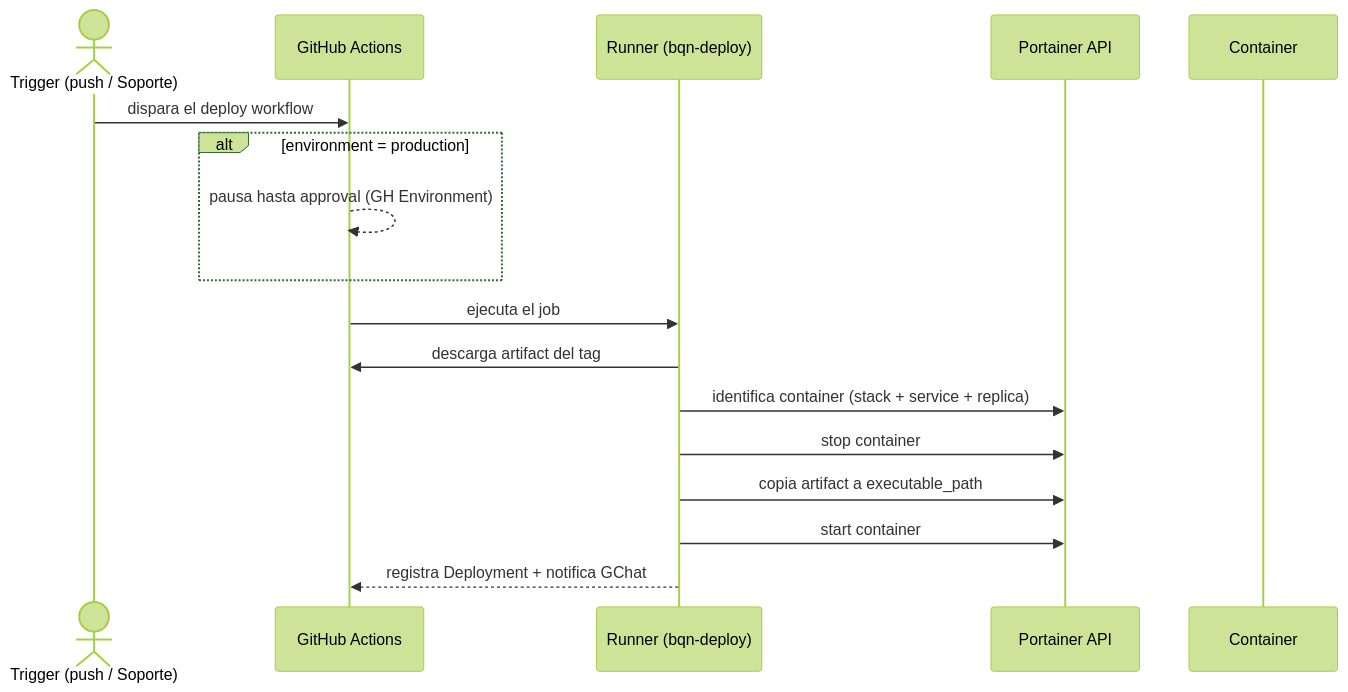
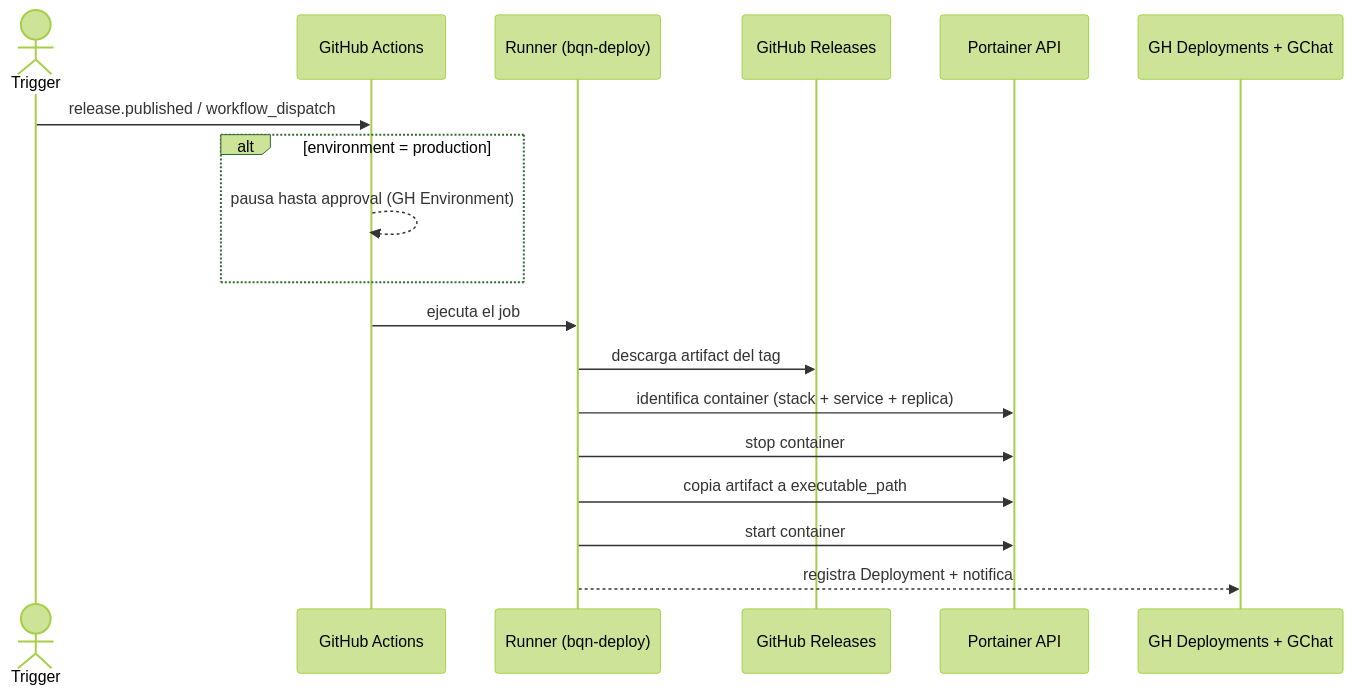
The sixth of 6 diagrams in docs/v2-hito2-deploy-spec.md (BQN-UY/CI-CD), drawn with Mermaid (forest theme) before and after one commit. The commit also changed other lines of this file, not shown here.

Commit message:
docs(spec): aplicar correcciones del review de Copilot en §8
Seis correcciones de consistencia interna detectadas en el review
automático del PR:

1. Ref §2.2 → §2.1 para publicación de artefactos (§2.2 solo cubre
   versionado).
2. Trigger label "push o make-release" → "release.published /
   workflow_dispatch" para reflejar el disparo real del workflow.
3. Sequence: el runner descarga artifact de "GitHub Releases", no del
   participant "GitHub Actions". Agregado participant Rel.
4. Sequence: separar destino de los side effects (Deployments + Chat)
   en participant Side, antes colapsados en GH.
5. §8.3: removida claim "decisión Opción C — §C1" (§5.C1 todavía
   marca C1 como consulta abierta; sustituido por links a #107 y #98).
6. §8.3: "testing y staging son auto-deploy" oversimplificado;
   ajustado para reflejar que auto_deploy es opt-in por instalación
   (§D7), sin él el deploy queda manual via workflow_dispatch.

````diff
--- a/docs/v2-hito2-deploy-spec.md
+++ b/docs/v2-hito2-deploy-spec.md
@@ -387,20 +387,21 @@
 ```mermaid
 sequenceDiagram
-    actor T as Trigger (push / Soporte)
+    actor T as Trigger
     participant GH as GitHub Actions
     participant R as Runner (bqn-deploy)
+    participant Rel as GitHub Releases
     participant P as Portainer API
-    participant C as Container
+    participant Side as GH Deployments + GChat
 
-    T->>GH: dispara el deploy workflow
+    T->>GH: release.published / workflow_dispatch
     alt environment = production
         GH-->>GH: pausa hasta approval (GH Environment)
     end
     GH->>R: ejecuta el job
-    R->>GH: descarga artifact del tag
+    R->>Rel: descarga artifact del tag
     R->>P: identifica container (stack + service + replica)
     R->>P: stop container
     R->>P: copia artifact a executable_path
     R->>P: start container
-    R-->>GH: registra Deployment + notifica GChat
+    R-->>Side: registra Deployment + notifica
 ```
````
